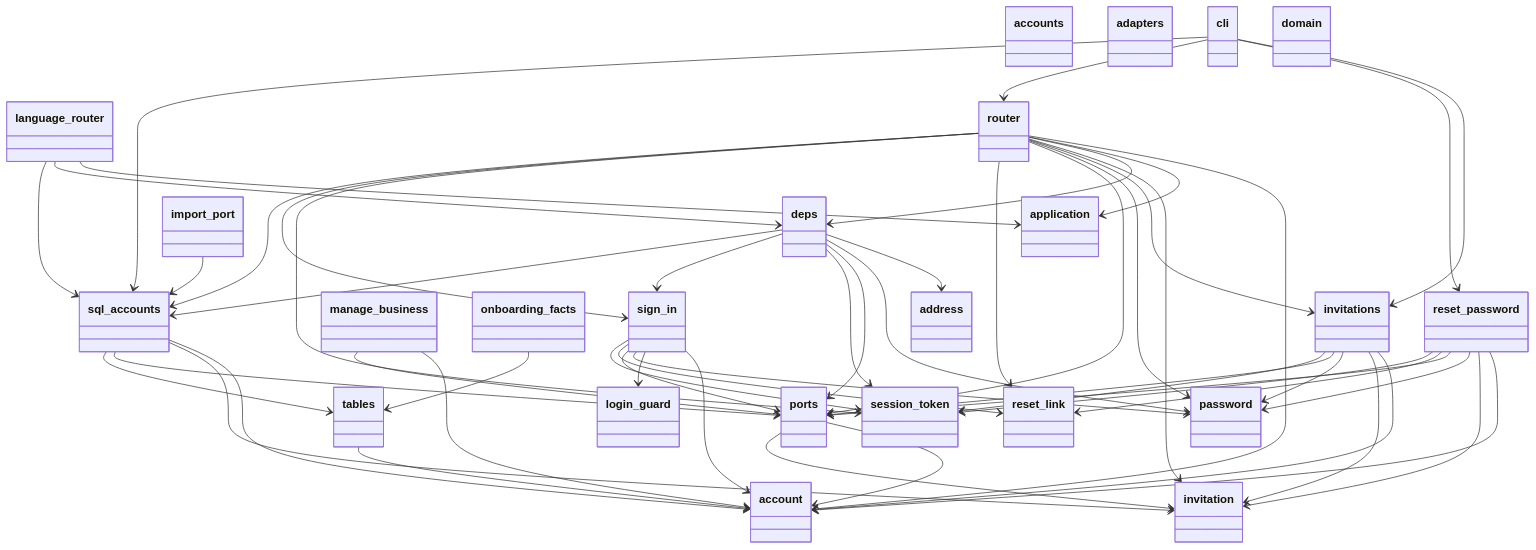
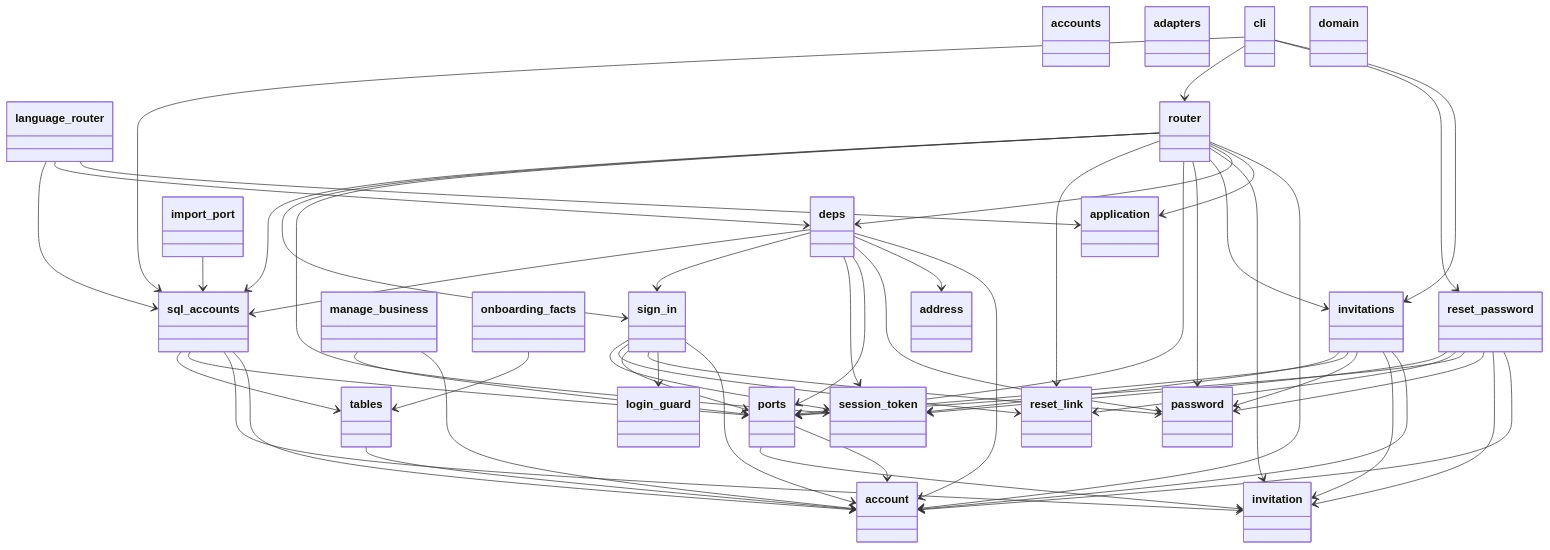
One commit to GonzaloZevallos/apostrophe changed the first of 4 diagrams in docs/architecture/generated/classes/accounts.md. Above: the diagram before and after it, drawn with Mermaid. The commit also changed other lines of this file and 1 other file, not shown here.

Commit message:
Regenerate the architecture docs for business.time_zone

```diff
--- a/docs/architecture/generated/classes/accounts.md
+++ b/docs/architecture/generated/classes/accounts.md
@@ -58,6 +58,7 @@
   cli --> reset_password
   cli --> router
   cli --> sql_accounts
+  deps --> account
   deps --> address
   deps --> password
   deps --> ports
```
